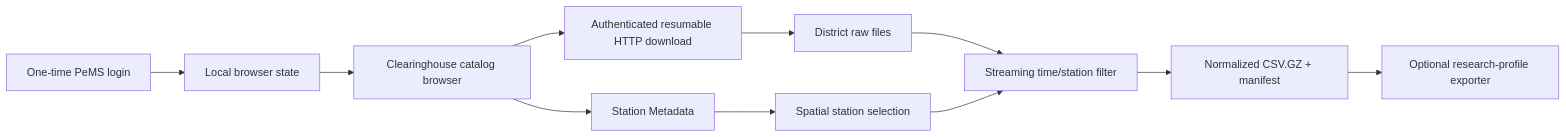
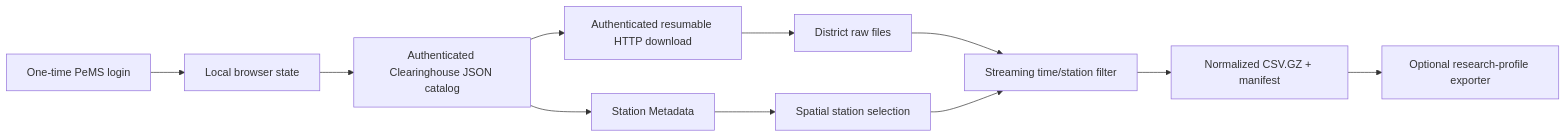
One commit to wcc961129/pems-data-downloader changed the diagram in docs/architecture.md. Above: the diagram before and after it, drawn with Mermaid. The commit also changed other lines of this file and 4 other files, not shown here.

````diff
--- a/docs/architecture.md
+++ b/docs/architecture.md
@@ -5,13 +5,13 @@
 ```mermaid
 flowchart LR
     A["One-time PeMS login"] --> B["Local browser state"]
-    B --> C["Clearinghouse catalog browser"]
+    B --> C["Authenticated Clearinghouse JSON catalog"]
     C --> D["Authenticated resumable HTTP download"]
     D --> E["District raw files"]
     C --> F["Station Metadata"]
     F --> G["Spatial station selection"]
     E --> H["Streaming time/station filter"]
     G --> H
     H --> I["Normalized CSV.GZ + manifest"]
     I --> J["Optional research-profile exporter"]
 ```
````
